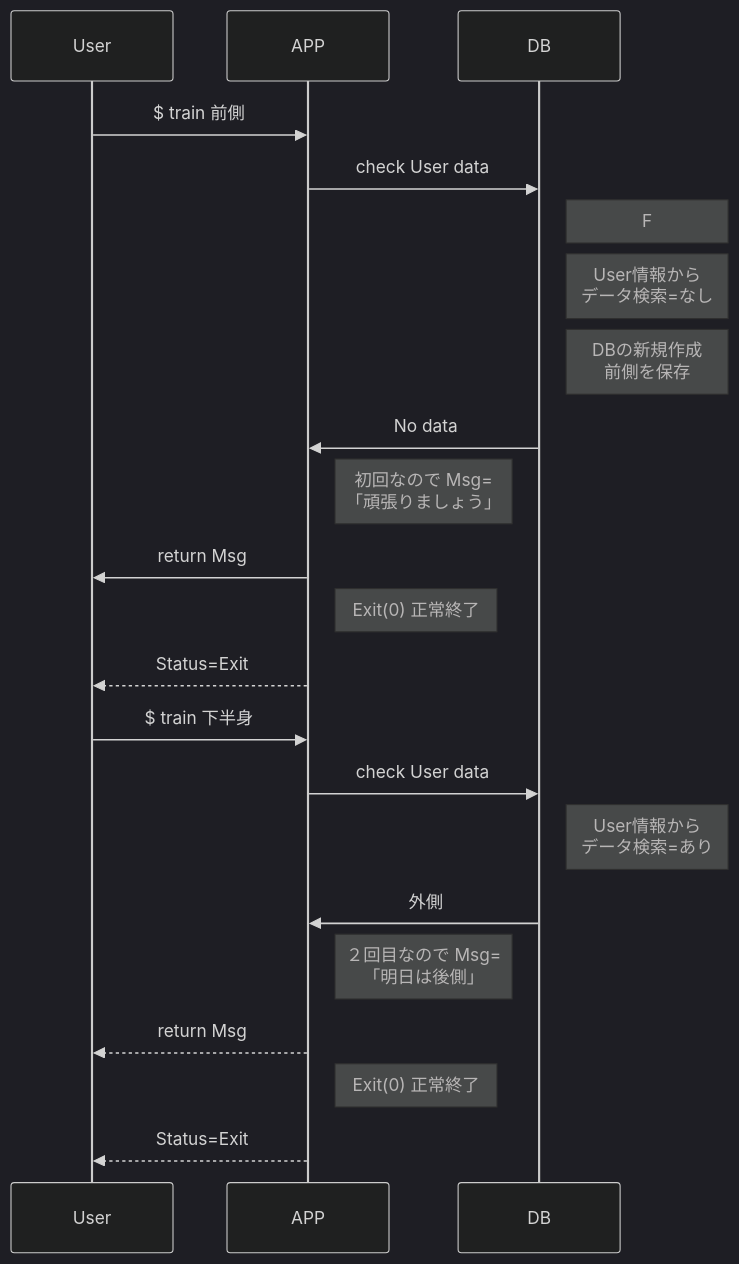
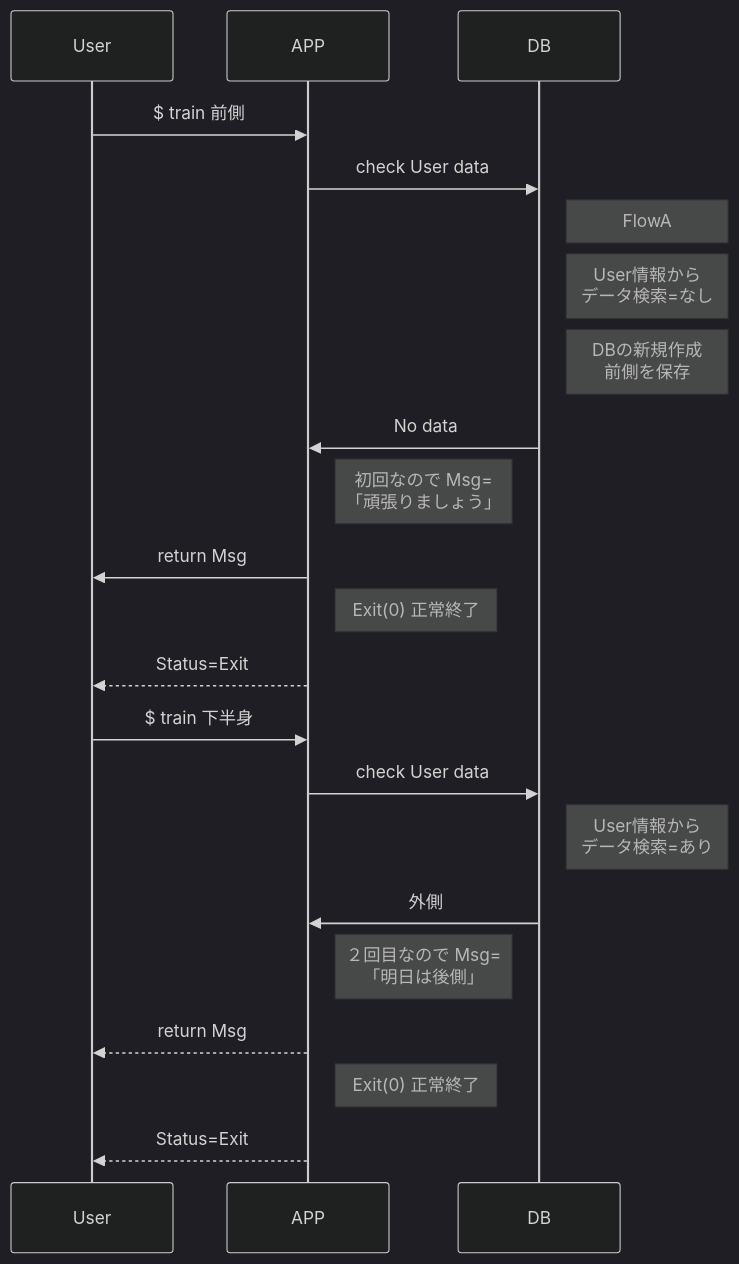
Before and after one commit to lamplusoka/train_Muscle: the first of 2 diagrams in flow.md, drawn with Mermaid (dark theme). The commit also changed other lines of this file, not shown here.

Commit message:
flow.md updated from https://stackedit.io/

````diff
--- a/flow.md
+++ b/flow.md
@@ -4,21 +4,21 @@
 ```mermaid
 sequenceDiagram
 User->> APP: $ train 前側
 APP ->> DB: check User data
-Note right of DB: F
+Note right of DB: FlowA
 Note right of DB:User情報から<br>データ検索=なし
 Note right of DB:DBの新規作成<br>前側を保存
 DB ->> APP: No data
 Note right of APP:初回なので Msg=<br>「頑張りましょう」
 APP ->> User: return Msg
 Note right of APP: Exit(0) 正常終了
 APP -->>User: Status=Exit
 User ->> APP: $ train 下半身
 APP ->> DB: check User data
 Note right of DB:User情報から<br>データ検索=あり
 DB ->> APP: 外側
 Note right of APP:２回目なので Msg=<br>「明日は後側」
 APP -->> User: return Msg
 Note right of APP: Exit(0) 正常終了
 APP -->>User: Status=Exit
 ```
````
